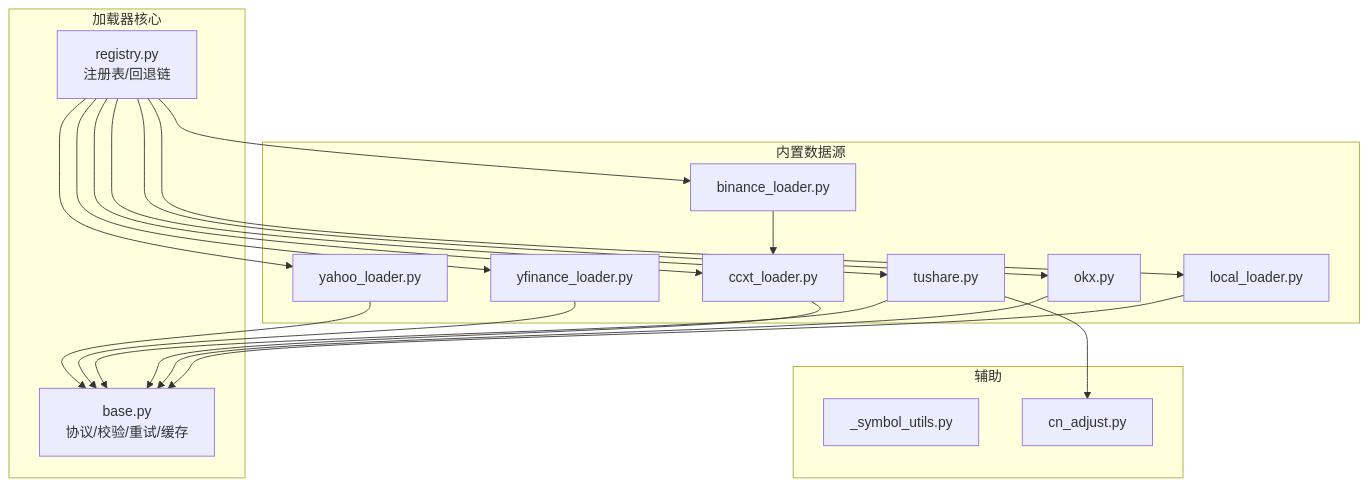
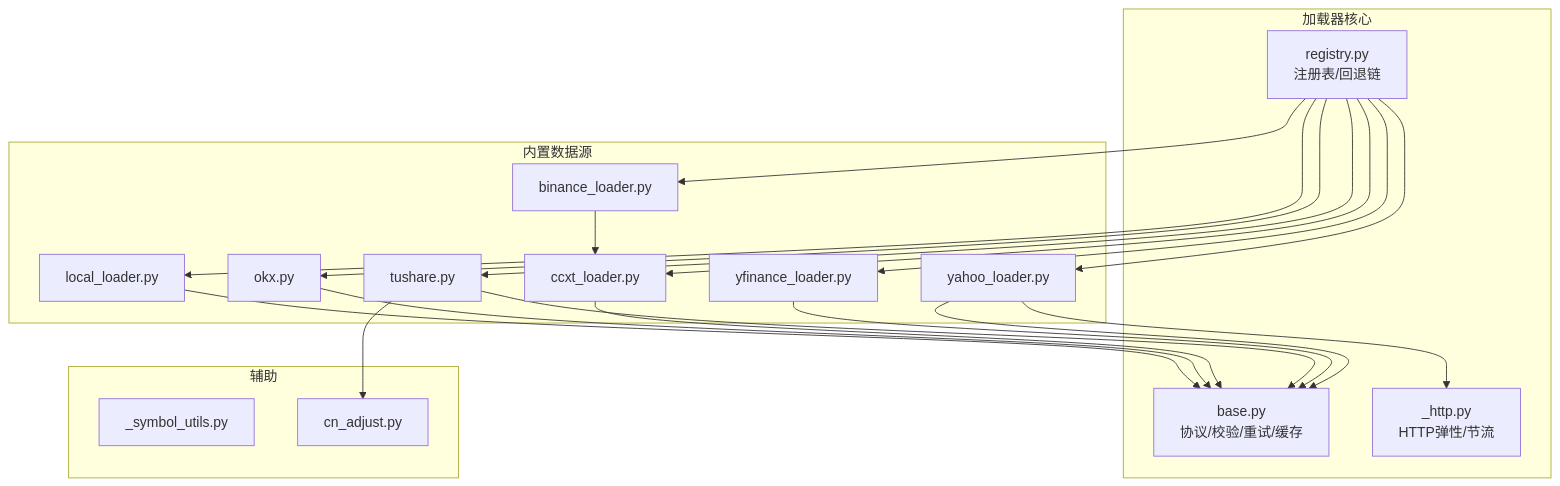
Before and after one commit to 20012002er/Vibe-Trading: the first of 7 diagrams in .qoder/repowiki/zh/content/架构设计/集成模式/数据源集成/数据源集成.md, drawn with Mermaid. The commit also changed other lines of this file and 96 other files, not shown here.

````diff
--- a/.qoder/repowiki/zh/content/架构设计/集成模式/数据源集成/数据源集成.md
+++ b/.qoder/repowiki/zh/content/架构设计/集成模式/数据源集成/数据源集成.md
@@ -40,35 +48,37 @@
 ```mermaid
 graph TB
 subgraph "加载器核心"
 Base["base.py<br/>协议/校验/重试/缓存"]
 Reg["registry.py<br/>注册表/回退链"]
+Http["_http.py<br/>HTTP弹性/节流"]
 end
 subgraph "内置数据源"
 YF["yahoo_loader.py"]
 YF2["yfinance_loader.py"]
 TS["tushare.py"]
 CCXT["ccxt_loader.py"]
 BIN["binance_loader.py"]
 OKX["okx.py"]
 LOC["local_loader.py"]
 end
 subgraph "辅助"
 Sym["_symbol_utils.py"]
 Adj["cn_adjust.py"]
 end
 Reg --> YF
 Reg --> YF2
 Reg --> TS
 Reg --> CCXT
 Reg --> BIN
 Reg --> OKX
 Reg --> LOC
 TS --> Adj
 YF --> Base
 YF2 --> Base
 TS --> Base
 CCXT --> Base
 BIN --> CCXT
 OKX --> Base
 LOC --> Base
+YF --> Http
 ```
````
